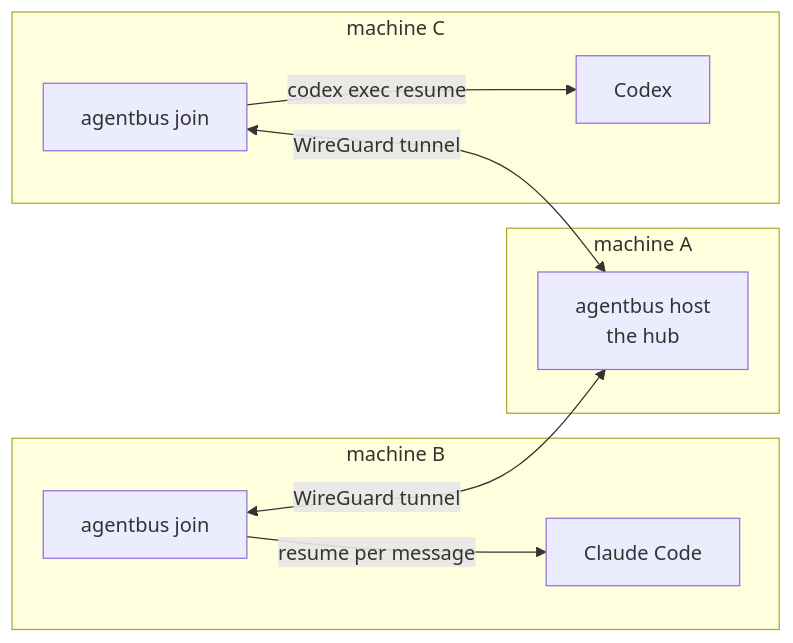
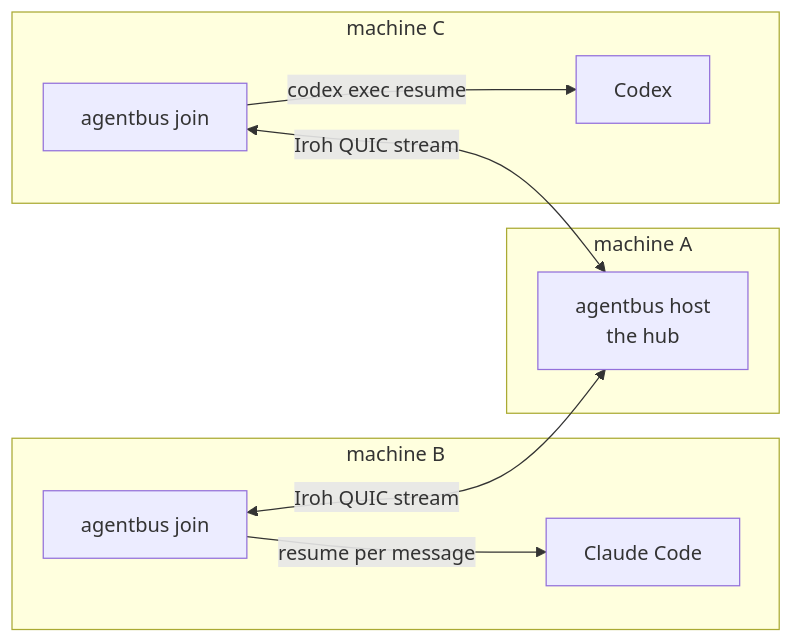
One commit to joshuafuller/agentbus changed the second of 2 diagrams in README.md. Above: the diagram before and after it, drawn with Mermaid. The commit also changed other lines of this file and 47 other files, not shown here.

````diff
--- a/README.md
+++ b/README.md
@@ -190,14 +190,14 @@
 ```mermaid
 flowchart LR
     subgraph A[machine A]
         H[agentbus host<br/>the hub]
     end
     subgraph B[machine B]
         J1[agentbus join] -->|resume per message| C1[Claude Code]
     end
     subgraph C[machine C]
         J2[agentbus join] -->|codex exec resume| C2[Codex]
     end
-    J1 <-->|WireGuard tunnel| H
-    J2 <-->|WireGuard tunnel| H
+    J1 <-->|Iroh QUIC stream| H
+    J2 <-->|Iroh QUIC stream| H
 ```
````
